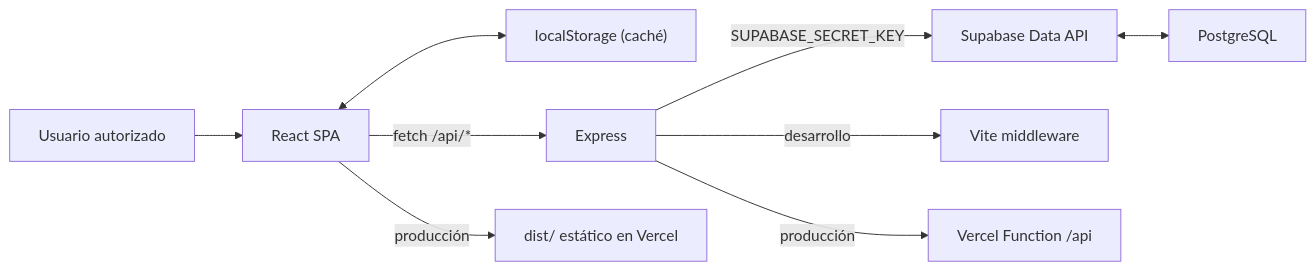
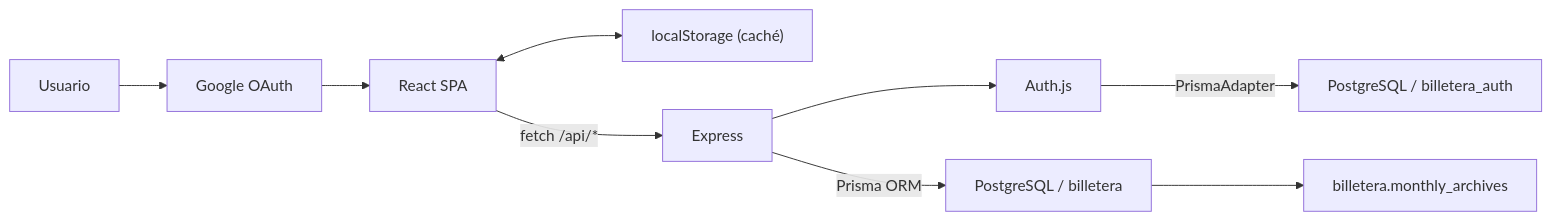
One commit to mctesmanrh/BILLETERA changed the diagram in docs/ARQUITECTURA_TECNICA.md. Above: the diagram before and after it, drawn with Mermaid. The commit also changed other lines of this file and 36 other files, not shown here.

Commit message:
Migrate wallet to Prisma and Google auth

````diff
--- a/docs/ARQUITECTURA_TECNICA.md
+++ b/docs/ARQUITECTURA_TECNICA.md
@@ -35,11 +34,11 @@
 ```mermaid
 flowchart LR
-    U["Usuario autorizado"] --> R["React SPA"]
-    R <--> L["localStorage (caché)"]
+    U["Usuario"] --> G["Google OAuth"]
+    G --> R["React SPA"]
+    R <--> C["localStorage (caché)"]
     R -->|"fetch /api/*"| E["Express"]
-    E -->|"SUPABASE_SECRET_KEY"| S["Supabase Data API"]
-    S <--> P["PostgreSQL"]
-    E -->|"desarrollo"| V["Vite middleware"]
-    E -->|"producción"| F["Vercel Function /api"]
-    R -->|"producción"| D["dist/ estático en Vercel"]
+    E --> A["Auth.js"]
+    E -->|"Prisma ORM"| P["PostgreSQL / billetera"]
+    A -->|"PrismaAdapter"| S["PostgreSQL / billetera_auth"]
+    P --> M["billetera.monthly_archives"]
 ```
````
